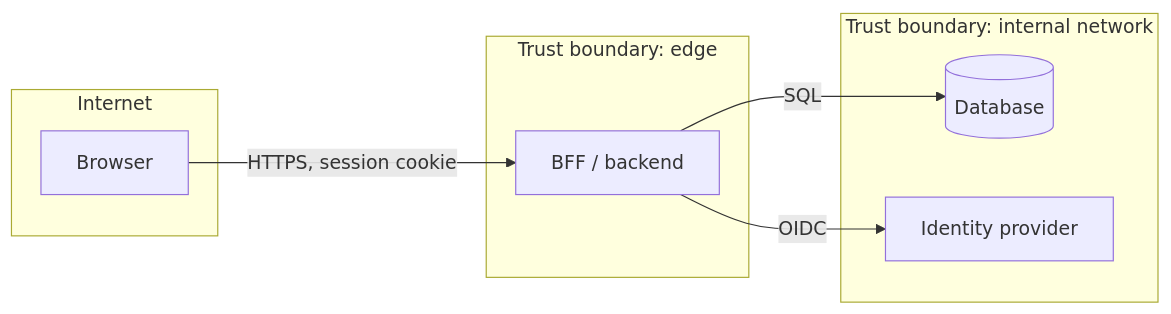
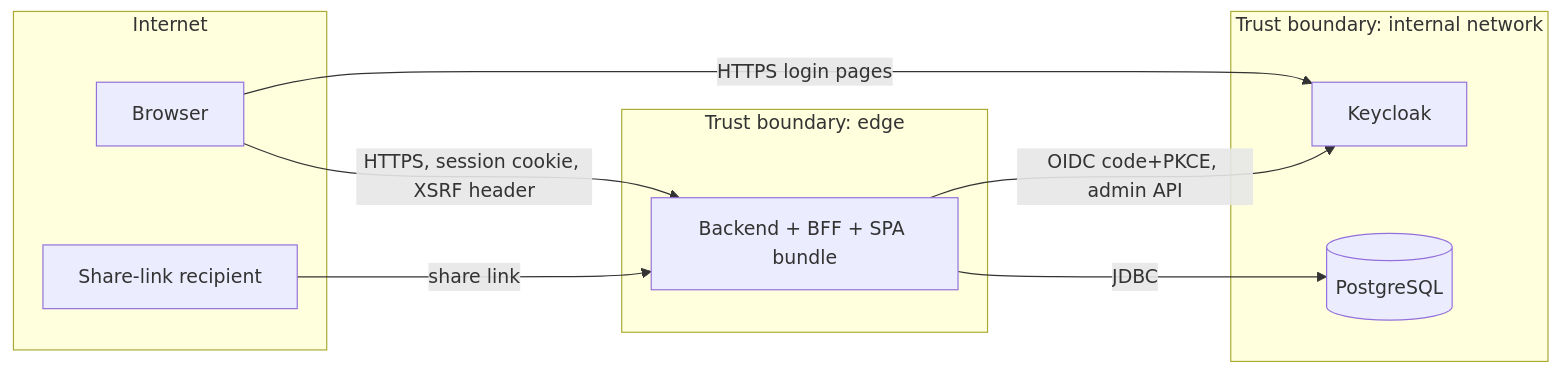
The diagram in docs/security/threat-model.md (mremolt/groceries-list), drawn with Mermaid before and after one commit. The commit also changed other lines of this file and 28 other files, not shown here.

````diff
--- a/docs/security/threat-model.md
+++ b/docs/security/threat-model.md
@@ -14,16 +8,19 @@
 ```mermaid
 flowchart LR
   subgraph internet[Internet]
     user[Browser]
+    mailc[Share-link recipient]
   end
-  subgraph dmz[Trust boundary: edge]
-    bff[BFF / backend]
+  subgraph edge[Trust boundary: edge]
+    app[Backend + BFF + SPA bundle]
   end
   subgraph internal[Trust boundary: internal network]
-    db[(Database)]
-    idp[Identity provider]
+    db[(PostgreSQL)]
+    kc[Keycloak]
   end
-  user -- HTTPS, session cookie --> bff
-  bff -- SQL --> db
-  bff -- OIDC --> idp
+  user -- HTTPS, session cookie, XSRF header --> app
+  mailc -- share link --> app
+  app -- JDBC --> db
+  app -- OIDC code+PKCE, admin API --> kc
+  user -- HTTPS login pages --> kc
 ```
````
